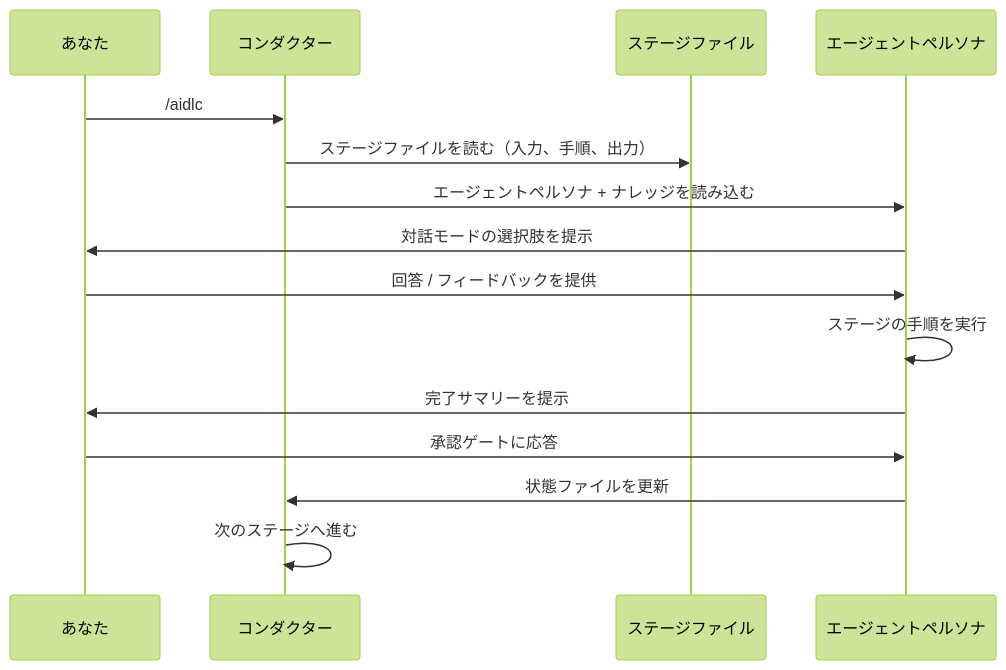
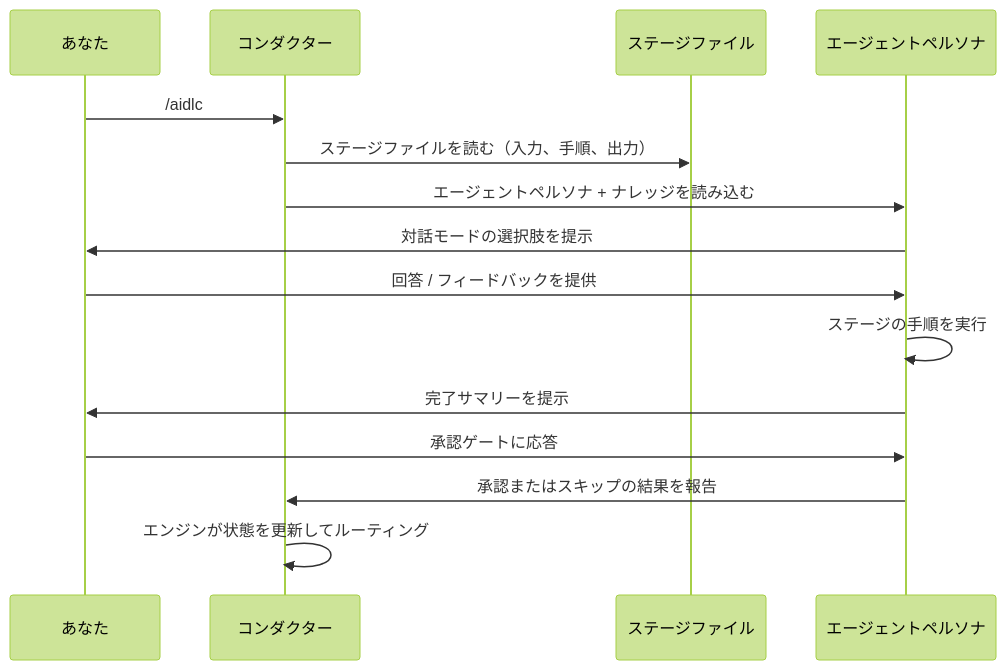
Before and after one commit to otomatty/aidlc-workflows-docs: the first of 2 diagrams in docs/guide/02-your-first-workflow.mdx, drawn with Mermaid (forest theme). The commit also changed other lines of this file and 71 other files, not shown here.

````diff
--- a/docs/guide/02-your-first-workflow.mdx
+++ b/docs/guide/02-your-first-workflow.mdx
@@ -206,18 +206,18 @@
 ```mermaid
 sequenceDiagram
     participant U as あなた
     participant O as コンダクター
     participant S as ステージファイル
     participant A as エージェントペルソナ
 
     U->>O: /aidlc
     O->>S: ステージファイルを読む（入力、手順、出力）
     O->>A: エージェントペルソナ + ナレッジを読み込む
     A->>U: 対話モードの選択肢を提示
     U->>A: 回答 / フィードバックを提供
     A->>A: ステージの手順を実行
     A->>U: 完了サマリーを提示
     U->>A: 承認ゲートに応答
-    A->>O: 状態ファイルを更新
-    O->>O: 次のステージへ進む
+    A->>O: 承認またはスキップの結果を報告
+    O->>O: エンジンが状態を更新してルーティング
 ```
````
